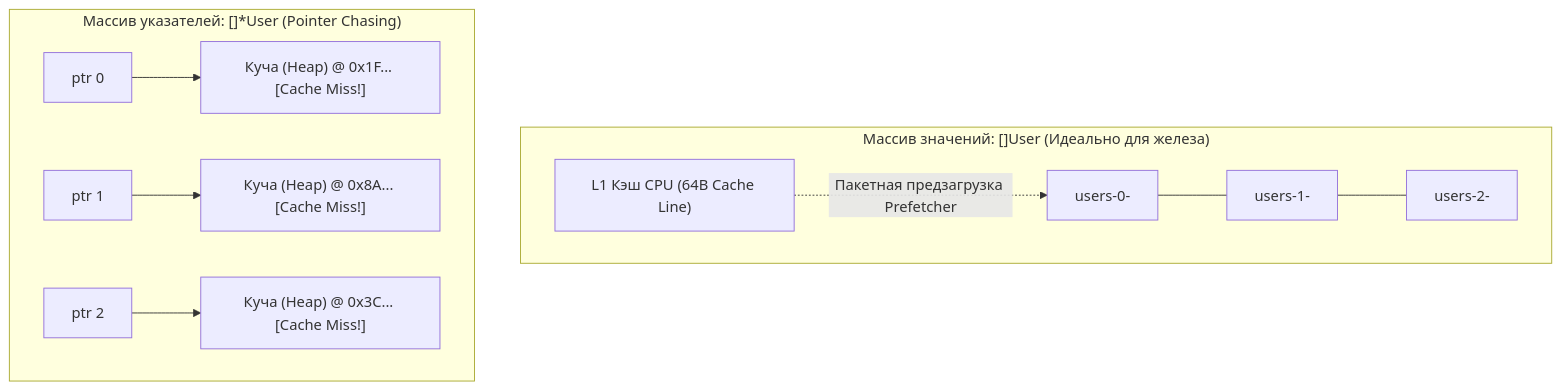
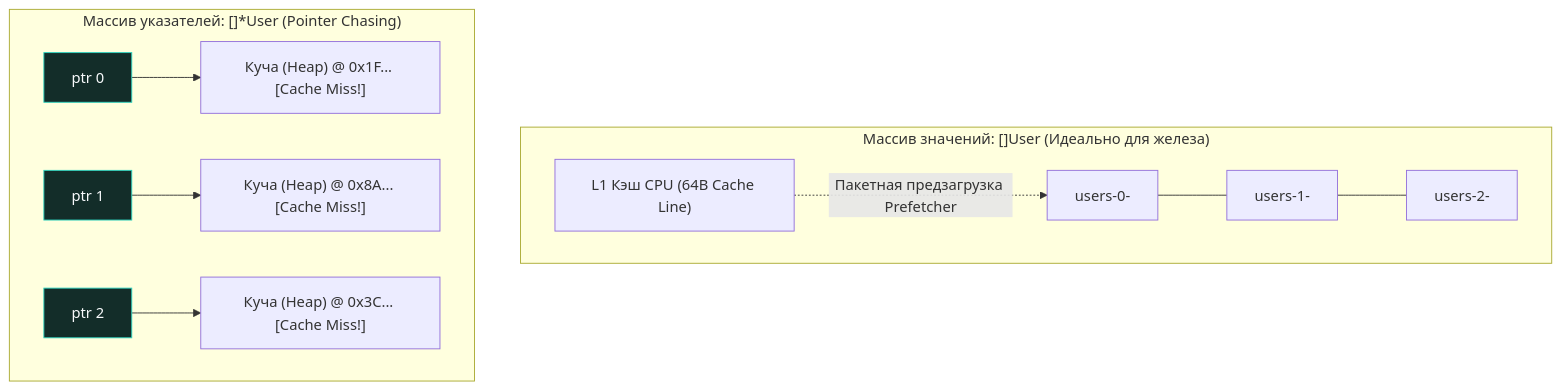
One commit to UnrealTemplier/go-textbook changed the diagram in sources/1. Архитектура компьютера/40. Mechanical Sympathy. Как писать код с учетом устройства железа.md. Above: the diagram before and after it, drawn with Mermaid. The commit also changed 1666 other files, not shown here.

First line of the commit message:
feat(mermaid): add semantic color classDef to 1369 colorless flowchart/graph diagrams

````diff
--- a/sources/1. Архитектура компьютера/40. Mechanical Sympathy. Как писать код с учетом устройства железа.md
+++ b/sources/1. Архитектура компьютера/40. Mechanical Sympathy. Как писать код с учетом устройства железа.md
@@ -41,13 +41,23 @@
 ```mermaid
 flowchart TD
+    classDef process  fill:#1e293b,stroke:#38bdf8,stroke-width:1px,color:#f8fafc
+    classDef success  fill:#064e3b,stroke:#34d399,stroke-width:1px,color:#f8fafc
+    classDef error    fill:#7f1d1d,stroke:#f87171,stroke-width:1px,color:#f8fafc
+    classDef warning  fill:#78350f,stroke:#fbbf24,stroke-width:1px,color:#f8fafc
+    classDef entry    fill:#1e3a5f,stroke:#38bdf8,stroke-width:2px,color:#f8fafc
+    classDef aux      fill:#334155,stroke:#64748b,stroke-width:1px,color:#f8fafc
+    classDef system   fill:#312e81,stroke:#a78bfa,stroke-width:1px,color:#f8fafc
+    classDef data     fill:#132d29,stroke:#2dd4bf,stroke-width:1px,color:#f8fafc
+    classDef network  fill:#881337,stroke:#fb7185,stroke-width:1px,color:#f8fafc
+    classDef accent   fill:#1e1b4b,stroke:#818cf8,stroke-width:1px,color:#f8fafc
     subgraph Value_Semantics ["Массив значений: []User (Идеально для железа)"]
         A["users-0-"] --- B["users-1-"] --- C["users-2-"]
         L1["L1 Кэш CPU (64B Cache Line)"] -.->|"Пакетная предзагрузка Prefetcher"| A
     end
 
     subgraph Pointer_Chasing ["Массив указателей: []*User (Pointer Chasing)"]
-        PTR1["ptr 0"] --> H1["Куча (Heap) @ 0x1F... [Cache Miss!]"]
-        PTR2["ptr 1"] --> H2["Куча (Heap) @ 0x8A... [Cache Miss!]"]
-        PTR3["ptr 2"] --> H3["Куча (Heap) @ 0x3C... [Cache Miss!]"]
+        PTR1["ptr 0"]:::data --> H1["Куча (Heap) @ 0x1F... [Cache Miss!]"]
+        PTR2["ptr 1"]:::data --> H2["Куча (Heap) @ 0x8A... [Cache Miss!]"]
+        PTR3["ptr 2"]:::data --> H3["Куча (Heap) @ 0x3C... [Cache Miss!]"]
     end
 ```
````
